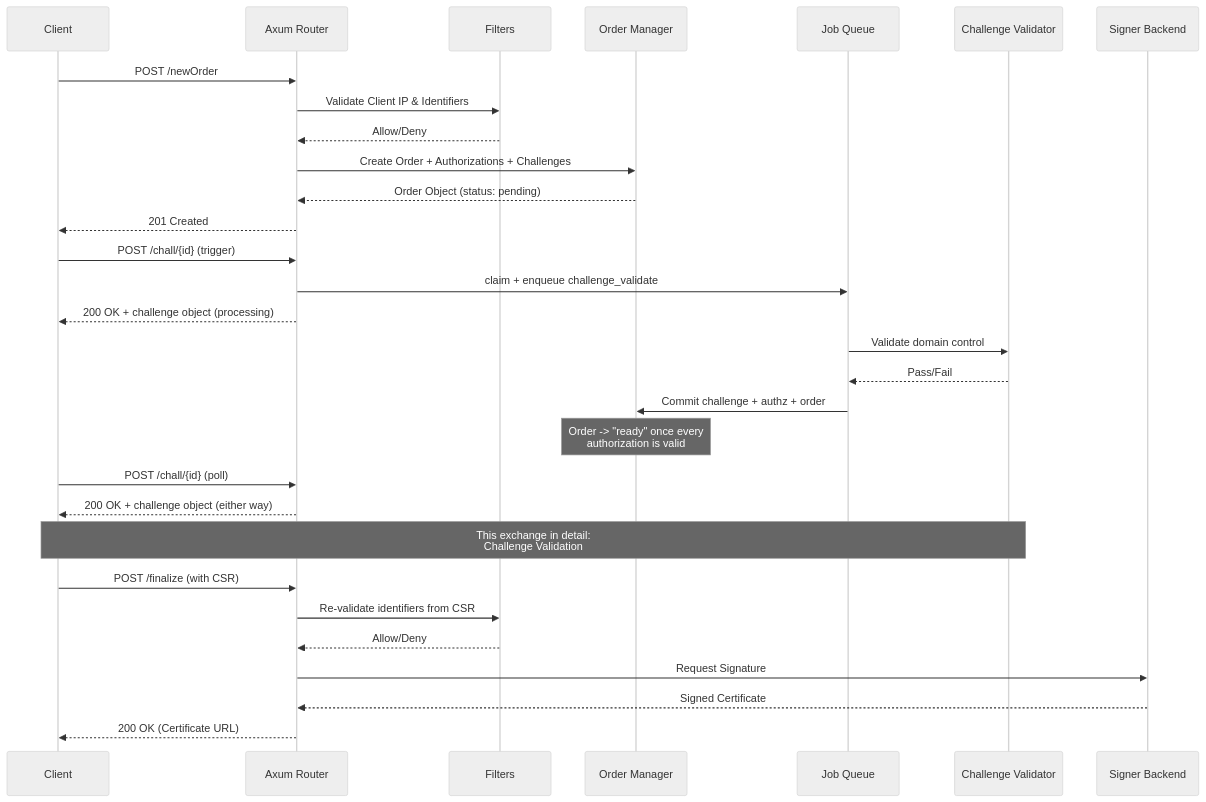
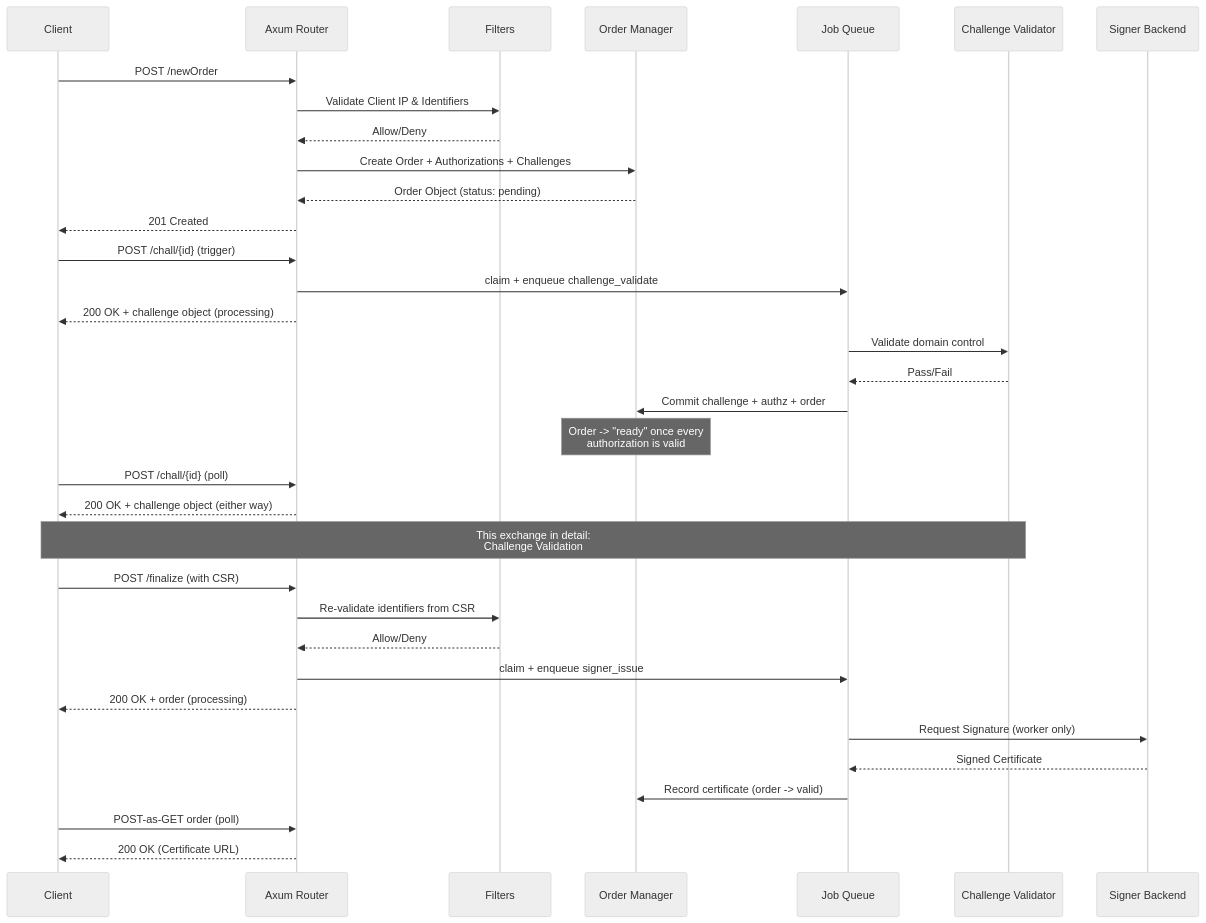
The second of 3 diagrams in doc/src/dev/architecture.md (acme-proxy/acme-proxy), drawn with Mermaid (neutral theme) before and after one commit. The commit also changed other lines of this file and 14 other files, not shown here.

````diff
--- a/doc/src/dev/architecture.md
+++ b/doc/src/dev/architecture.md
@@ -157,35 +157,39 @@
 ```mermaid
 sequenceDiagram
     participant Client
     participant Axum Router
     participant Filters
     participant Order Manager
     participant Job Queue
     participant Challenge Validator
     participant Signer Backend
 
     Client->>Axum Router: POST /newOrder
     Axum Router->>Filters: Validate Client IP & Identifiers
     Filters-->>Axum Router: Allow/Deny
     Axum Router->>Order Manager: Create Order + Authorizations + Challenges
     Order Manager-->>Axum Router: Order Object (status: pending)
     Axum Router-->>Client: 201 Created
 
     Client->>Axum Router: POST /chall/{id} (trigger)
     Axum Router->>Job Queue: claim + enqueue challenge_validate
     Axum Router-->>Client: 200 OK + challenge object (processing)
     Job Queue->>Challenge Validator: Validate domain control
     Challenge Validator-->>Job Queue: Pass/Fail
     Job Queue->>Order Manager: Commit challenge + authz + order
     Note over Order Manager: Order -> "ready" once every<br/>authorization is valid
     Client->>Axum Router: POST /chall/{id} (poll)
     Axum Router-->>Client: 200 OK + challenge object (either way)
     Note over Client,Challenge Validator: This exchange in detail:<br/>Challenge Validation
 
     Client->>Axum Router: POST /finalize (with CSR)
     Axum Router->>Filters: Re-validate identifiers from CSR
     Filters-->>Axum Router: Allow/Deny
-    Axum Router->>Signer Backend: Request Signature
-    Signer Backend-->>Axum Router: Signed Certificate
+    Axum Router->>Job Queue: claim + enqueue signer_issue
+    Axum Router-->>Client: 200 OK + order (processing)
+    Job Queue->>Signer Backend: Request Signature (worker only)
+    Signer Backend-->>Job Queue: Signed Certificate
+    Job Queue->>Order Manager: Record certificate (order -> valid)
+    Client->>Axum Router: POST-as-GET order (poll)
     Axum Router-->>Client: 200 OK (Certificate URL)
 ```
````
